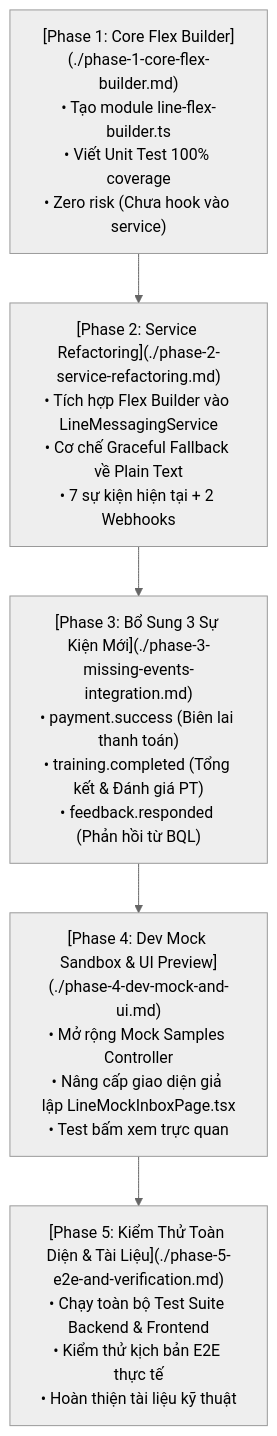
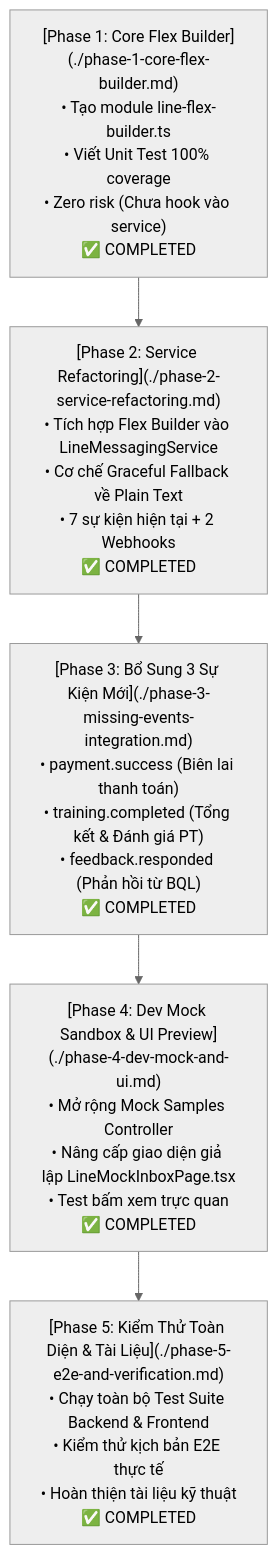
One commit to lethanhan01/gym-management-system changed the diagram in docs/VI/line-flex-upgrade/README.md. Above: the diagram before and after it, drawn with Mermaid (neutral theme). The commit also changed other lines of this file and 10 other files, not shown here.

````diff
--- a/docs/VI/line-flex-upgrade/README.md
+++ b/docs/VI/line-flex-upgrade/README.md
@@ -11,13 +11,13 @@
 ```mermaid
 flowchart TD
-    P1["[Phase 1: Core Flex Builder](./phase-1-core-flex-builder.md)<br>• Tạo module line-flex-builder.ts<br>• Viết Unit Test 100% coverage<br>• Zero risk (Chưa hook vào service)"]
-    P2["[Phase 2: Service Refactoring](./phase-2-service-refactoring.md)<br>• Tích hợp Flex Builder vào LineMessagingService<br>• Cơ chế Graceful Fallback về Plain Text<br>• 7 sự kiện hiện tại + 2 Webhooks"]
-    P3["[Phase 3: Bổ Sung 3 Sự Kiện Mới](./phase-3-missing-events-integration.md)<br>• payment.success (Biên lai thanh toán)<br>• training.completed (Tổng kết & Đánh giá PT)<br>• feedback.responded (Phản hồi từ BQL)"]
-    P4["[Phase 4: Dev Mock Sandbox & UI Preview](./phase-4-dev-mock-and-ui.md)<br>• Mở rộng Mock Samples Controller<br>• Nâng cấp giao diện giả lập LineMockInboxPage.tsx<br>• Test bấm xem trực quan"]
-    P5["[Phase 5: Kiểm Thử Toàn Diện & Tài Liệu](./phase-5-e2e-and-verification.md)<br>• Chạy toàn bộ Test Suite Backend & Frontend<br>• Kiểm thử kịch bản E2E thực tế<br>• Hoàn thiện tài liệu kỹ thuật"]
+    P1["[Phase 1: Core Flex Builder](./phase-1-core-flex-builder.md)<br>• Tạo module line-flex-builder.ts<br>• Viết Unit Test 100% coverage<br>• Zero risk (Chưa hook vào service)<br>✅ COMPLETED"]
+    P2["[Phase 2: Service Refactoring](./phase-2-service-refactoring.md)<br>• Tích hợp Flex Builder vào LineMessagingService<br>• Cơ chế Graceful Fallback về Plain Text<br>• 7 sự kiện hiện tại + 2 Webhooks<br>✅ COMPLETED"]
+    P3["[Phase 3: Bổ Sung 3 Sự Kiện Mới](./phase-3-missing-events-integration.md)<br>• payment.success (Biên lai thanh toán)<br>• training.completed (Tổng kết & Đánh giá PT)<br>• feedback.responded (Phản hồi từ BQL)<br>✅ COMPLETED"]
+    P4["[Phase 4: Dev Mock Sandbox & UI Preview](./phase-4-dev-mock-and-ui.md)<br>• Mở rộng Mock Samples Controller<br>• Nâng cấp giao diện giả lập LineMockInboxPage.tsx<br>• Test bấm xem trực quan<br>✅ COMPLETED"]
+    P5["[Phase 5: Kiểm Thử Toàn Diện & Tài Liệu](./phase-5-e2e-and-verification.md)<br>• Chạy toàn bộ Test Suite Backend & Frontend<br>• Kiểm thử kịch bản E2E thực tế<br>• Hoàn thiện tài liệu kỹ thuật<br>✅ COMPLETED"]
 
     P1 --> P2
     P2 --> P3
     P3 --> P4
     P4 --> P5
 ```
````
